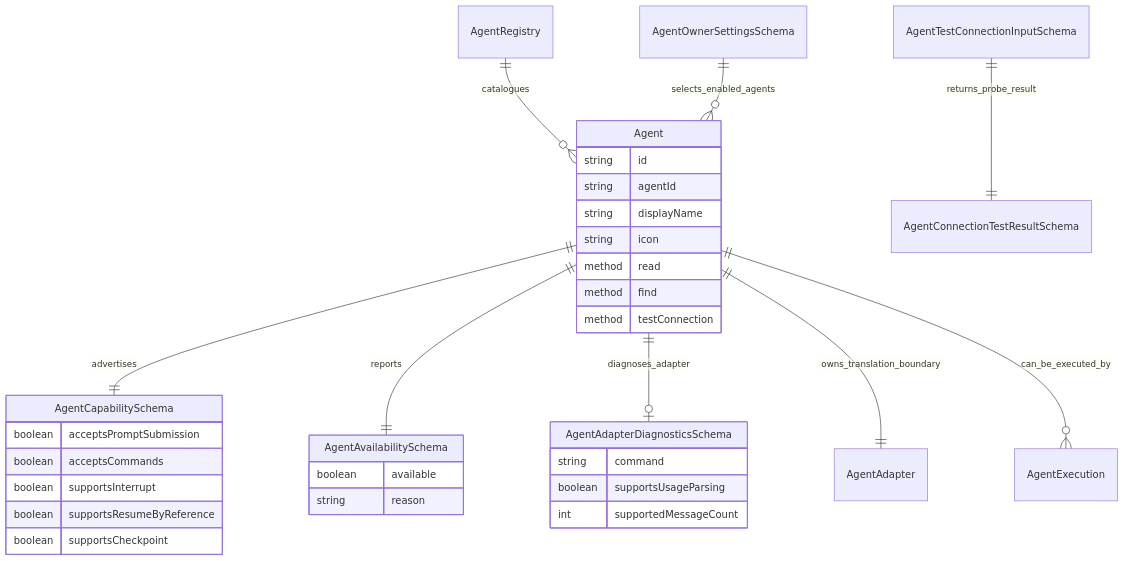
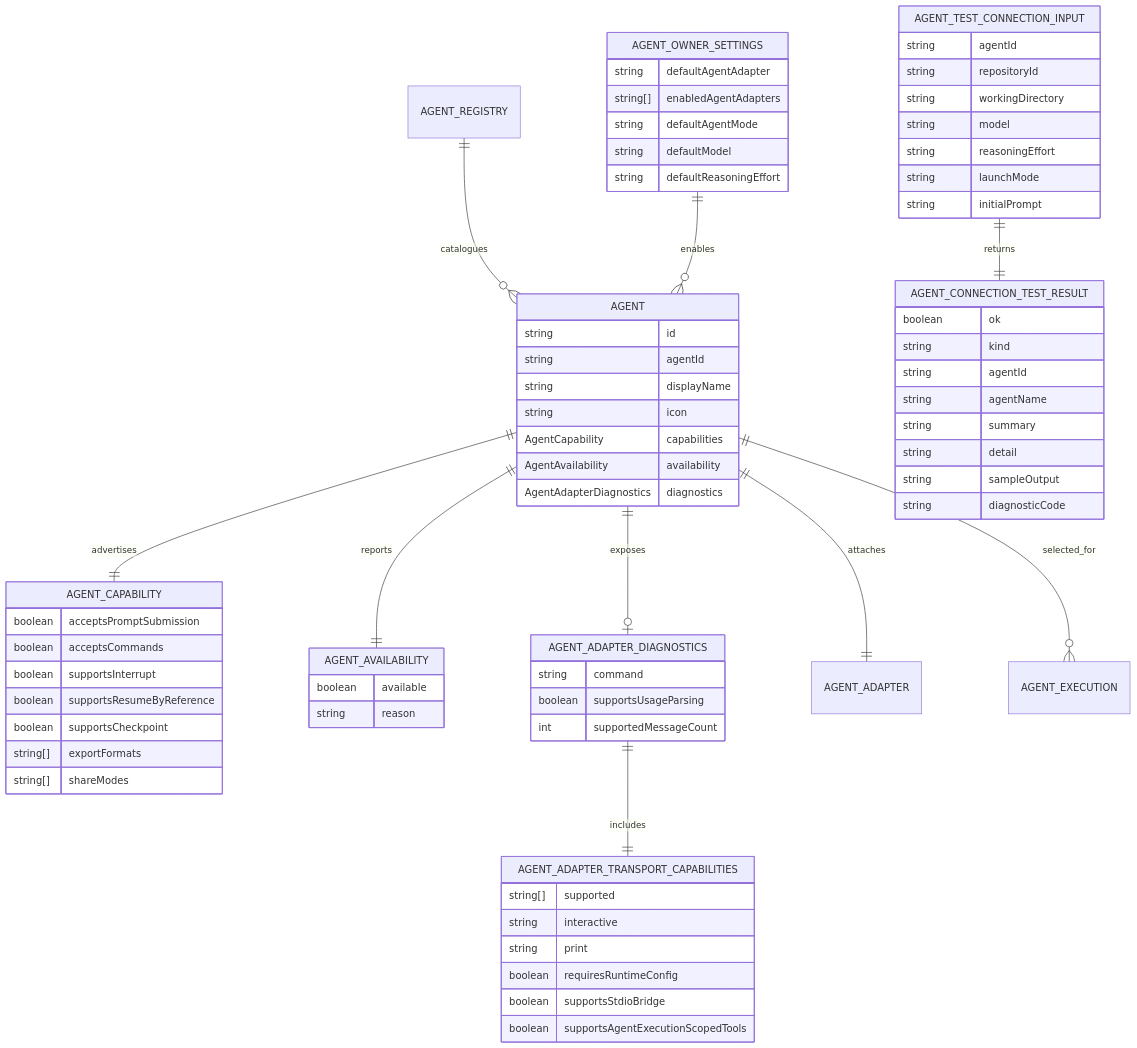
Before and after one commit to Flying-Pillow/open-mission: the first of 4 diagrams in docs/architecture/entities/agent.md, drawn with Mermaid. The commit also changed other lines of this file and 251 other files, not shown here.

````diff
--- a/docs/architecture/entities/agent.md
+++ b/docs/architecture/entities/agent.md
@@ -69,40 +160,81 @@
 ```mermaid
 erDiagram
-  Agent ||--|| AgentCapabilitySchema : advertises
-  Agent ||--|| AgentAvailabilitySchema : reports
-  Agent ||--o| AgentAdapterDiagnosticsSchema : diagnoses_adapter
-  AgentRegistry ||--o{ Agent : catalogues
-  Agent ||--|| AgentAdapter : owns_translation_boundary
-  Agent ||--o{ AgentExecution : can_be_executed_by
-  AgentOwnerSettingsSchema ||--o{ Agent : selects_enabled_agents
-  AgentTestConnectionInputSchema ||--|| AgentConnectionTestResultSchema : returns_probe_result
+  AGENT ||--|| AGENT_CAPABILITY : advertises
+  AGENT ||--|| AGENT_AVAILABILITY : reports
+  AGENT ||--o| AGENT_ADAPTER_DIAGNOSTICS : exposes
+  AGENT_ADAPTER_DIAGNOSTICS ||--|| AGENT_ADAPTER_TRANSPORT_CAPABILITIES : includes
+  AGENT_REGISTRY ||--o{ AGENT : catalogues
+  AGENT ||--|| AGENT_ADAPTER : attaches
+  AGENT ||--o{ AGENT_EXECUTION : selected_for
+  AGENT_OWNER_SETTINGS ||--o{ AGENT : enables
+  AGENT_TEST_CONNECTION_INPUT ||--|| AGENT_CONNECTION_TEST_RESULT : returns
 
-  Agent {
+  AGENT {
     string id
     string agentId
     string displayName
     string icon
-    method read
-    method find
-    method testConnection
+    AgentCapability capabilities
+    AgentAvailability availability
+    AgentAdapterDiagnostics diagnostics
   }
 
-  AgentCapabilitySchema {
+  AGENT_CAPABILITY {
     boolean acceptsPromptSubmission
     boolean acceptsCommands
     boolean supportsInterrupt
     boolean supportsResumeByReference
     boolean supportsCheckpoint
+    string[] exportFormats
+    string[] shareModes
   }
 
-  AgentAvailabilitySchema {
+  AGENT_AVAILABILITY {
     boolean available
     string reason
   }
 
-  AgentAdapterDiagnosticsSchema {
+  AGENT_ADAPTER_DIAGNOSTICS {
     string command
     boolean supportsUsageParsing
     int supportedMessageCount
   }
+
+  AGENT_ADAPTER_TRANSPORT_CAPABILITIES {
+    string[] supported
+    string interactive
+    string print
+    boolean requiresRuntimeConfig
+    boolean supportsStdioBridge
+    boolean supportsAgentExecutionScopedTools
+  }
+
+  AGENT_OWNER_SETTINGS {
+    string defaultAgentAdapter
+    string[] enabledAgentAdapters
+    string defaultAgentMode
+    string defaultModel
+    string defaultReasoningEffort
+  }
+
+  AGENT_TEST_CONNECTION_INPUT {
+    string agentId
+    string repositoryId
+    string workingDirectory
+    string model
+    string reasoningEffort
+    string launchMode
+    string initialPrompt
+  }
+
+  AGENT_CONNECTION_TEST_RESULT {
+    boolean ok
+    string kind
+    string agentId
+    string agentName
+    string summary
+    string detail
+    string sampleOutput
+    string diagnosticCode
+  }
 ```
````
